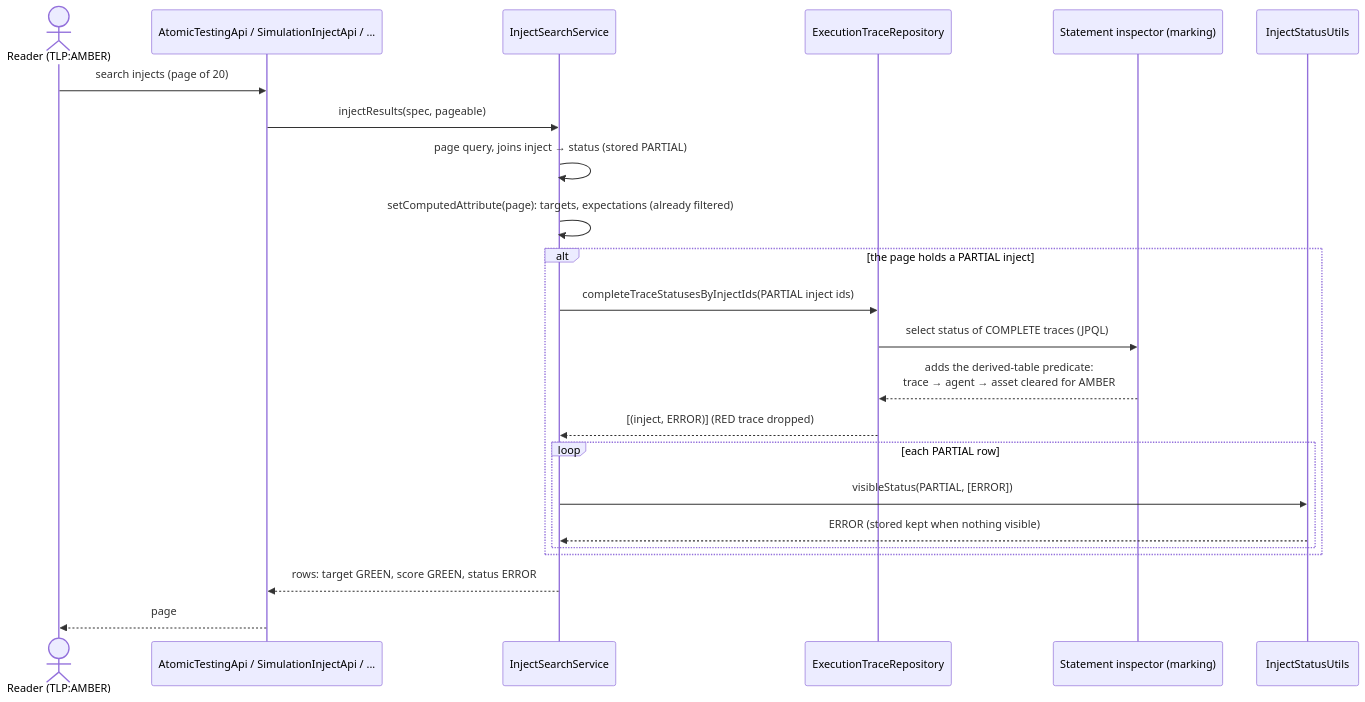
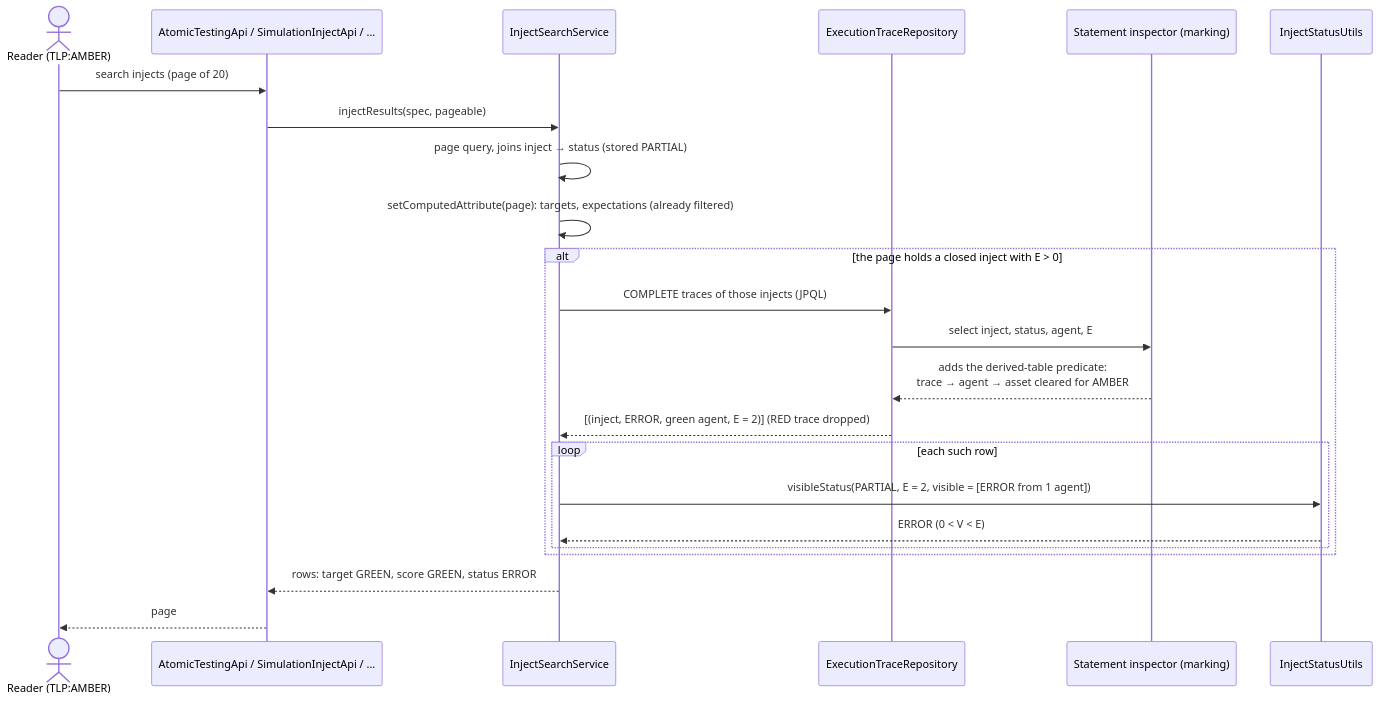
One commit to OpenAEV-Platform/openaev changed diagram 12 of 14 in brainstorming/marking/task4/tech-design.md. Above: the diagram before and after it, drawn with Mermaid. The commit also changed other lines of this file and 29 other files, not shown here.

Commit message:
fix(marking): inject status name ie: execution status is computed wuth clearance at READ

````diff
--- a/brainstorming/marking/task4/tech-design.md
+++ b/brainstorming/marking/task4/tech-design.md
@@ -943,25 +972,25 @@
 ```mermaid
 sequenceDiagram
     actor R as Reader (TLP:AMBER)
     participant API as AtomicTestingApi / SimulationInjectApi / ...
     participant S as InjectSearchService
     participant TR as ExecutionTraceRepository
     participant INS as Statement inspector (marking)
     participant U as InjectStatusUtils
     R->>API: search injects (page of 20)
     API->>S: injectResults(spec, pageable)
     S->>S: page query, joins inject → status (stored PARTIAL)
     S->>S: setComputedAttribute(page): targets, expectations (already filtered)
-    alt the page holds a PARTIAL inject
-        S->>TR: completeTraceStatusesByInjectIds(PARTIAL inject ids)
-        TR->>INS: select status of COMPLETE traces (JPQL)
+    alt the page holds a closed inject with E > 0
+        S->>TR: COMPLETE traces of those injects (JPQL)
+        TR->>INS: select inject, status, agent, E
         INS-->>TR: adds the derived-table predicate:<br/>trace → agent → asset cleared for AMBER
-        TR-->>S: [(inject, ERROR)] (RED trace dropped)
-        loop each PARTIAL row
-            S->>U: visibleStatus(PARTIAL, [ERROR])
-            U-->>S: ERROR (stored kept when nothing visible)
+        TR-->>S: [(inject, ERROR, green agent, E = 2)] (RED trace dropped)
+        loop each such row
+            S->>U: visibleStatus(PARTIAL, E = 2, visible = [ERROR from 1 agent])
+            U-->>S: ERROR (0 < V < E)
         end
     end
     S-->>API: rows: target GREEN, score GREEN, status ERROR
     API-->>R: page
 ```
````
